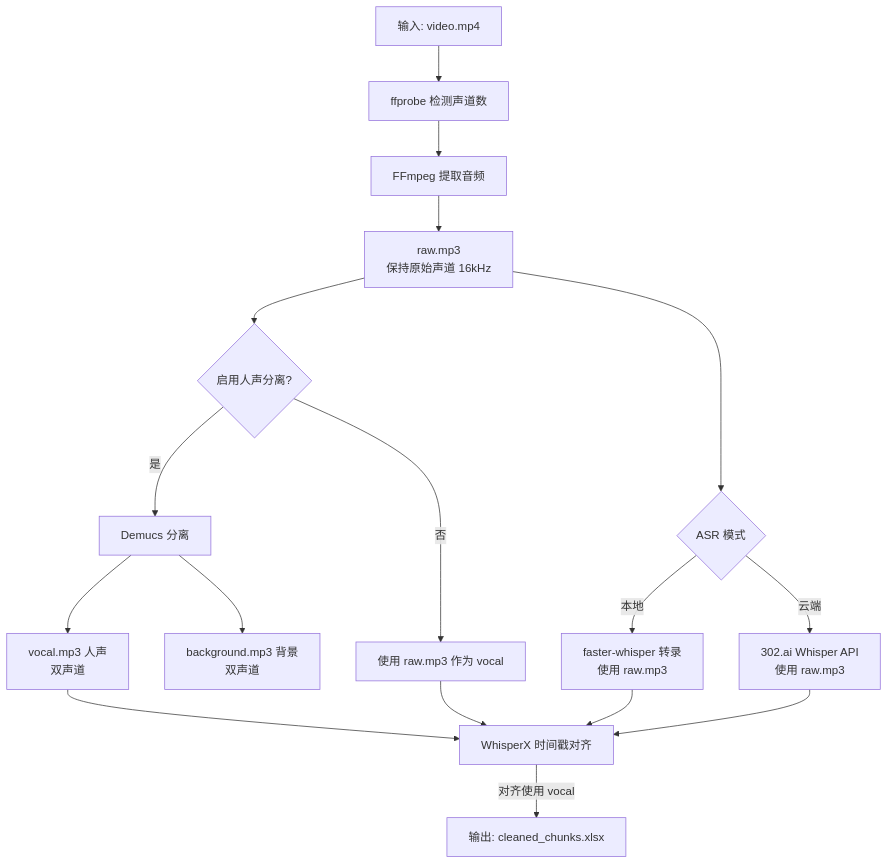
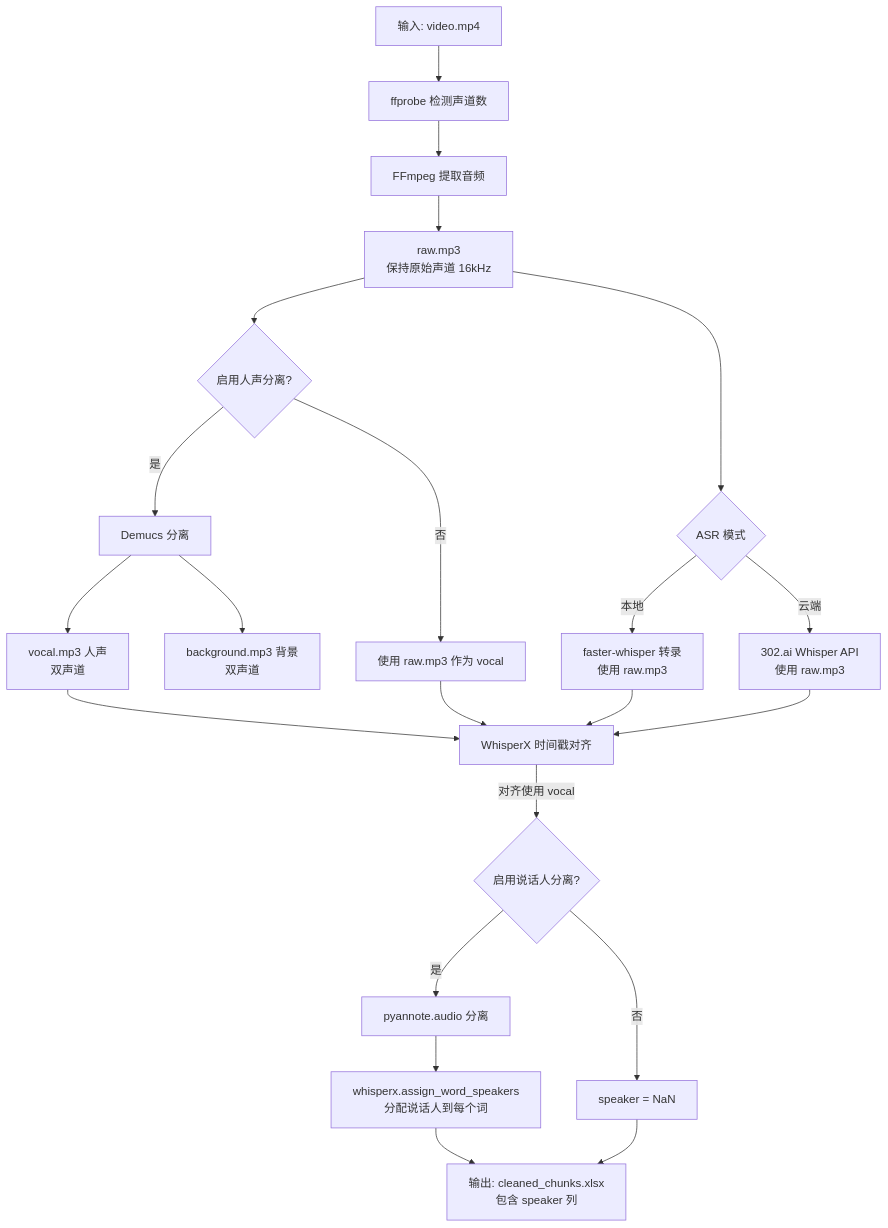
One commit to NuoManDai/VedioAITranslateSub changed the third of 19 diagrams in docs/ARCHITECTURE.md. Above: the diagram before and after it, drawn with Mermaid. The commit also changed other lines of this file and 45 other files, not shown here.

````diff
--- a/docs/ARCHITECTURE.md
+++ b/docs/ARCHITECTURE.md
@@ -152,21 +152,28 @@
 ```mermaid
 flowchart TD
     A[输入: video.mp4] --> B[ffprobe 检测声道数]
     B --> C[FFmpeg 提取音频]
     C --> D[raw.mp3<br/>保持原始声道 16kHz]
     D --> E{启用人声分离?}
     E -->|是| F[Demucs 分离]
     F --> G[vocal.mp3 人声<br/>双声道]
     F --> H[background.mp3 背景<br/>双声道]
     E -->|否| I[使用 raw.mp3 作为 vocal]
     
     D --> J{ASR 模式}
     J -->|本地| K[faster-whisper 转录<br/>使用 raw.mp3]
     J -->|云端| L[302.ai Whisper API<br/>使用 raw.mp3]
     
     K --> M[WhisperX 时间戳对齐]
     L --> M
     G --> M
     I --> M
-    M -->|对齐使用 vocal| N[输出: cleaned_chunks.xlsx]
+    M -->|对齐使用 vocal| N{启用说话人分离?}
+    
+    N -->|是| O[pyannote.audio 分离]
+    N -->|否| P[speaker = NaN]
+    
+    O --> Q[whisperx.assign_word_speakers<br/>分配说话人到每个词]
+    Q --> R[输出: cleaned_chunks.xlsx<br/>包含 speaker 列]
+    P --> R
 ```
````
